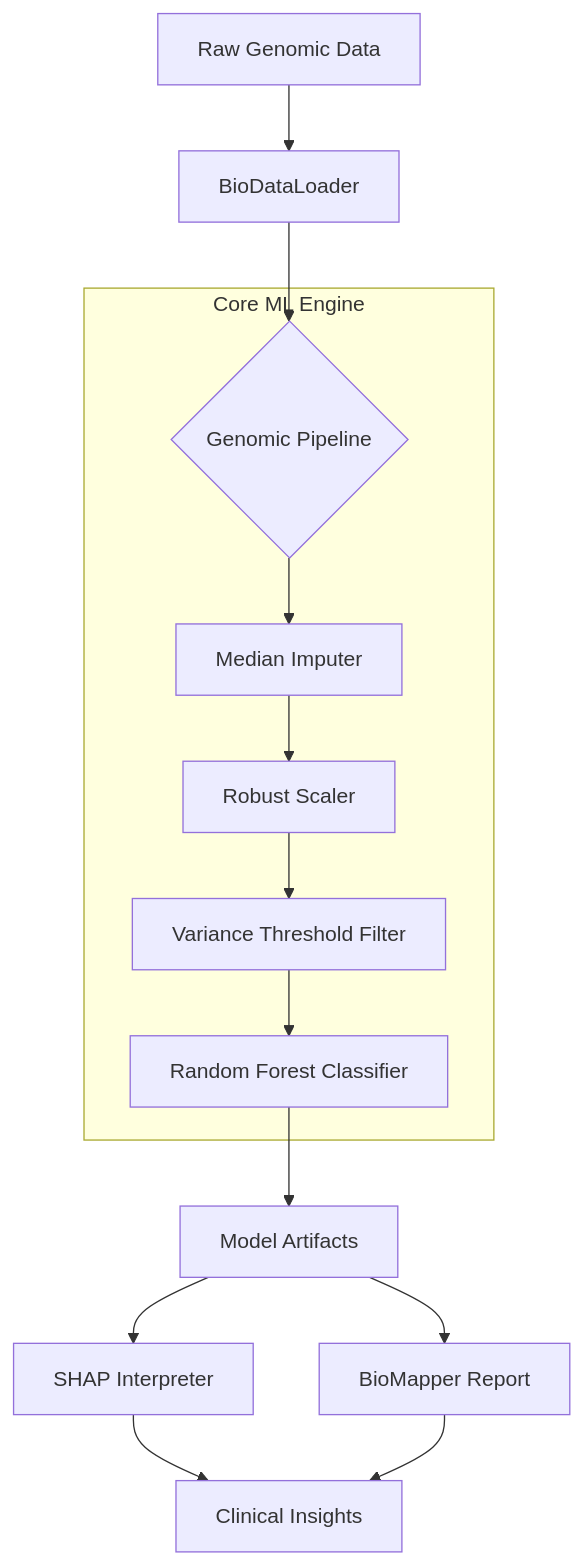
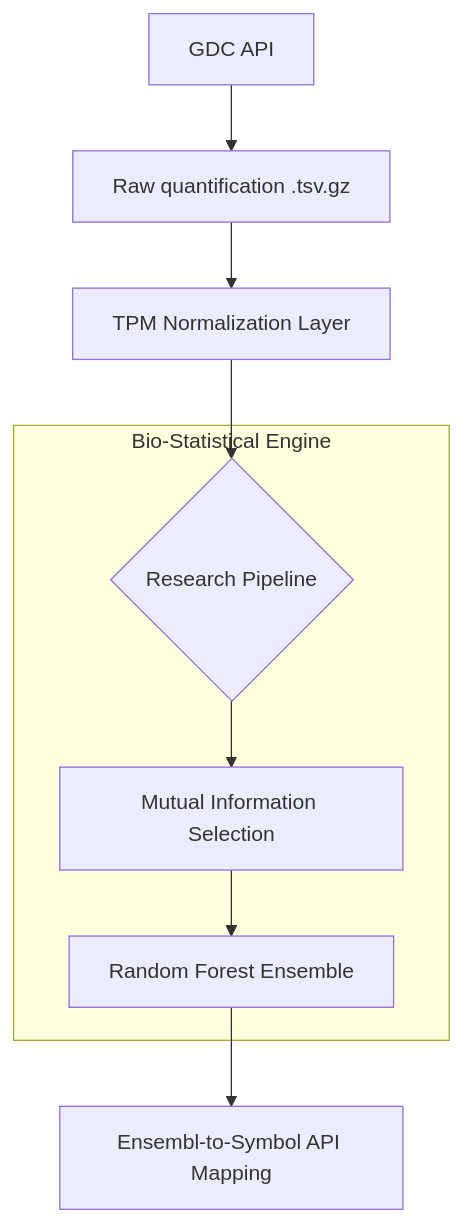
The diagram in README.md (fs0cietyx/CytoGraph-ML), drawn with Mermaid before and after one commit. The commit also changed other lines of this file and 25 other files, not shown here.

Commit message:
Harden genomic pipeline: implement Group-Blind validation, Quantile Normalization, and real-world NCBI GEO data ingestion

````diff
--- a/README.md
+++ b/README.md
@@ -28,16 +28,11 @@
 ```mermaid
 graph TD
-    A[Raw Genomic Data] --> B[BioDataLoader]
-    B --> C{Genomic Pipeline}
-    subgraph "Core ML Engine"
-    C --> D[Median Imputer]
-    D --> E[Robust Scaler]
-    E --> F[Variance Threshold Filter]
-    F --> G[Random Forest Classifier]
+    A[GDC API] --> B[Raw quantification .tsv.gz]
+    B --> C[TPM Normalization Layer]
+    C --> D{Research Pipeline}
+    subgraph "Bio-Statistical Engine"
+    D --> E[Mutual Information Selection]
+    E --> F[Random Forest Ensemble]
     end
-    G --> H[Model Artifacts]
-    H --> I[SHAP Interpreter]
-    H --> J[BioMapper Report]
-    I --> K[Clinical Insights]
-    J --> K
+    F --> G[Ensembl-to-Symbol API Mapping]
 ```
````
